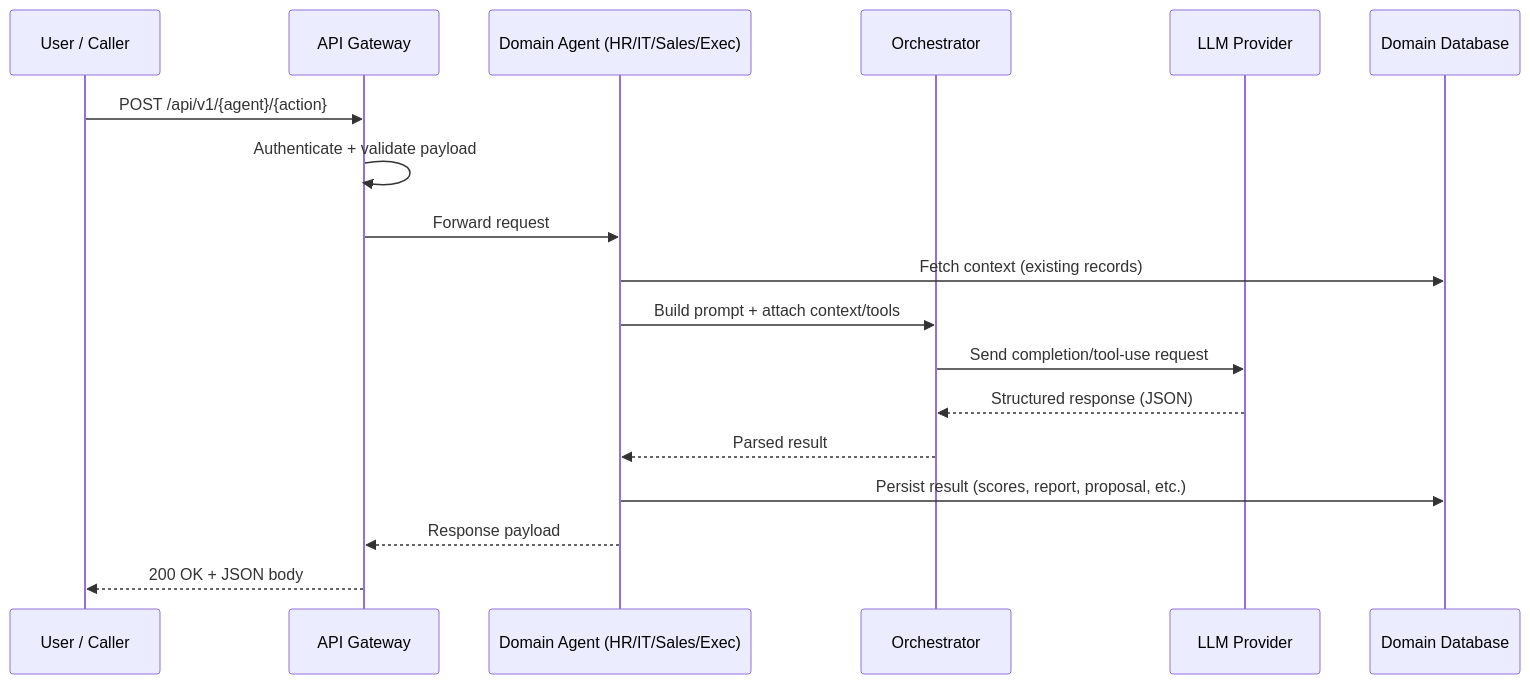
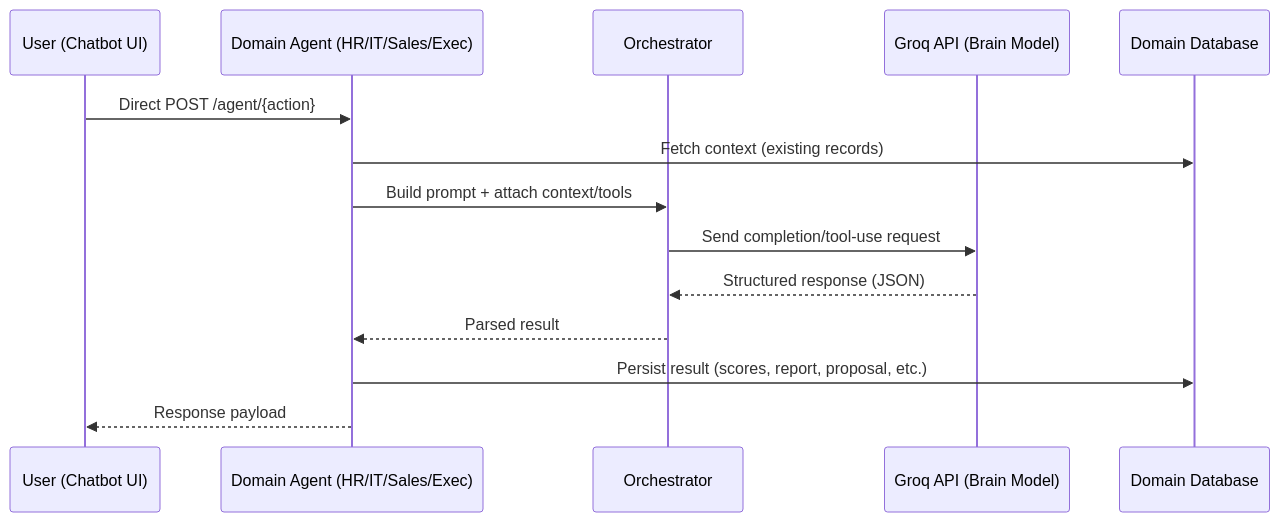
Before and after one commit to HarshSinha-1/Multi_agent_orchestration_purposive: the second of 6 diagrams in README.md, drawn with Mermaid. The commit also changed other lines of this file and 63 other files, not shown here.

````diff
--- a/README.md
+++ b/README.md
@@ -96,21 +100,17 @@
 ```mermaid
 sequenceDiagram
-    participant U as User / Caller
-    participant GW as API Gateway
+    participant U as User (Chatbot UI)
     participant AG as Domain Agent (HR/IT/Sales/Exec)
     participant OR as Orchestrator
-    participant LLM as LLM Provider
+    participant GROQ as Groq API (Brain Model)
     participant DB as Domain Database
 
-    U->>GW: POST /api/v1/{agent}/{action}
-    GW->>GW: Authenticate + validate payload
-    GW->>AG: Forward request
+    U->>AG: Direct POST /agent/{action}
     AG->>DB: Fetch context (existing records)
     AG->>OR: Build prompt + attach context/tools
-    OR->>LLM: Send completion/tool-use request
-    LLM-->>OR: Structured response (JSON)
+    OR->>GROQ: Send completion/tool-use request
+    GROQ-->>OR: Structured response (JSON)
     OR-->>AG: Parsed result
     AG->>DB: Persist result (scores, report, proposal, etc.)
-    AG-->>GW: Response payload
-    GW-->>U: 200 OK + JSON body
+    AG-->>U: Response payload
 ```
````
